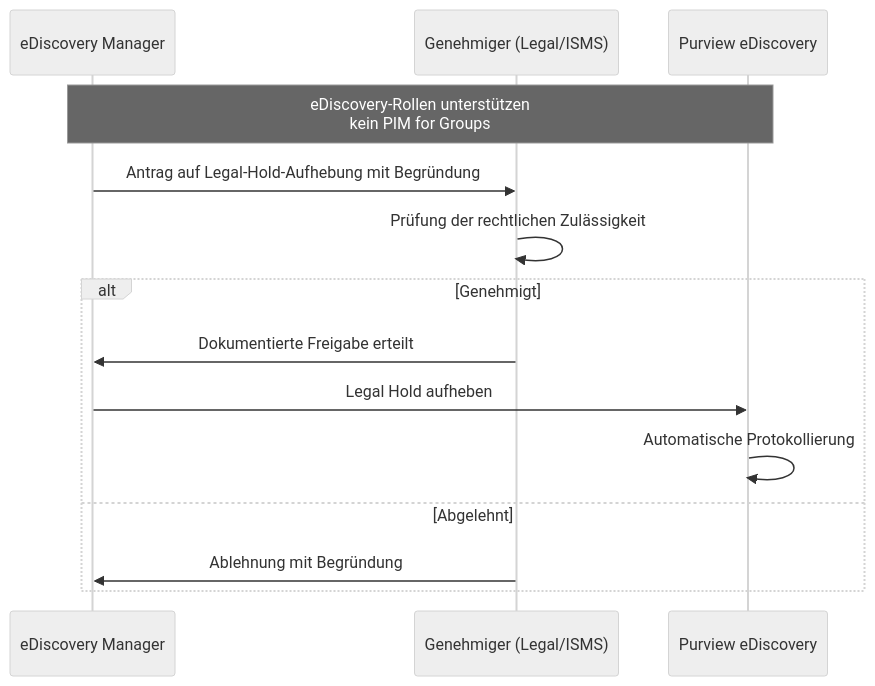
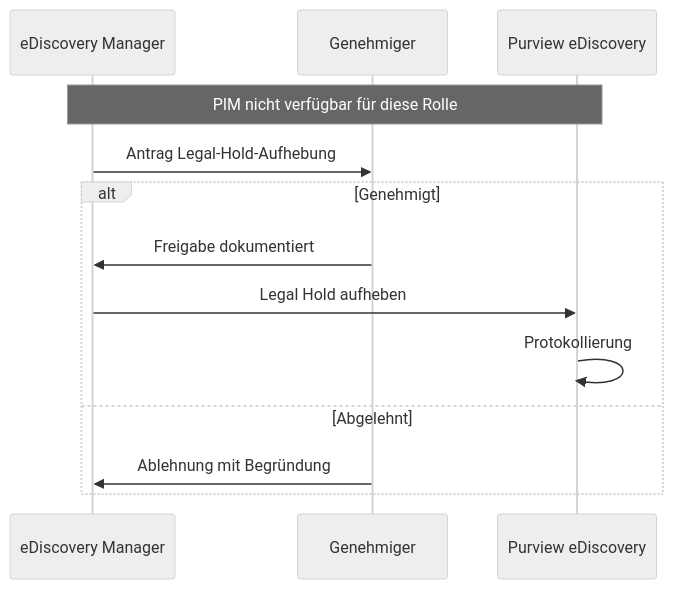
The sixth of 10 diagrams in Roadmap/Visualisierungen.md (WeissiEfficiency/Purview), drawn with Mermaid (neutral theme) before and after one commit. The commit also changed other lines of this file, not shown here.

Commit message:
Roadmap: Visualisierungen ueberarbeitet - technische Fehler behoben, RACI als Tabelle, klarere Layouts

````diff
--- a/Roadmap/Visualisierungen.md
+++ b/Roadmap/Visualisierungen.md
@@ -117,17 +110,16 @@
 ```mermaid
 sequenceDiagram
     participant M as eDiscovery Manager
-    participant G as Genehmiger (Legal/ISMS)
+    participant G as Genehmiger
     participant P as Purview eDiscovery
 
-    Note over M,P: eDiscovery-Rollen unterstützen<br/>kein PIM for Groups
-    M->>G: Antrag auf Legal-Hold-Aufhebung mit Begründung
-    G->>G: Prüfung der rechtlichen Zulässigkeit
+    Note over M,P: PIM nicht verfügbar für diese Rolle
+    M->>G: Antrag Legal-Hold-Aufhebung
     alt Genehmigt
-        G->>M: Dokumentierte Freigabe erteilt
+        G->>M: Freigabe dokumentiert
         M->>P: Legal Hold aufheben
-        P->>P: Automatische Protokollierung
+        P->>P: Protokollierung
     else Abgelehnt
         G->>M: Ablehnung mit Begründung
     end
 ```
````
